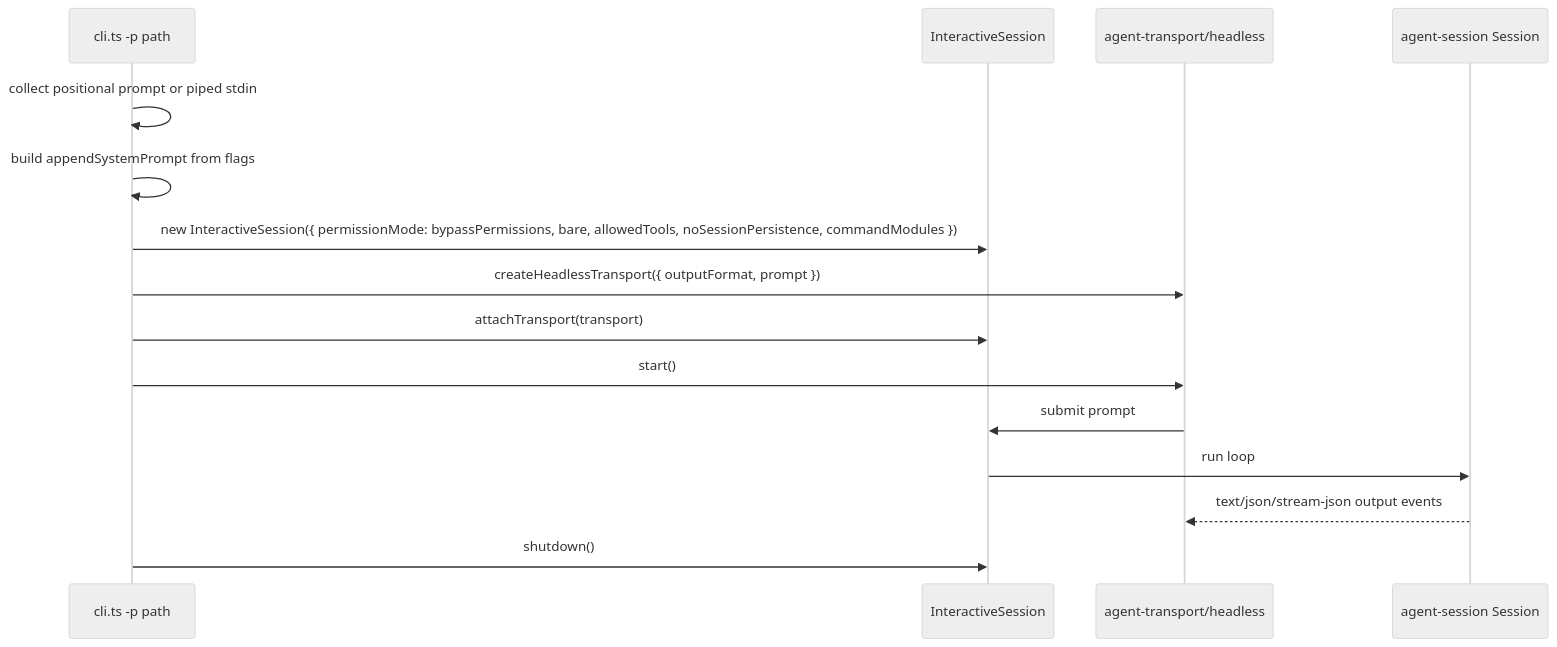
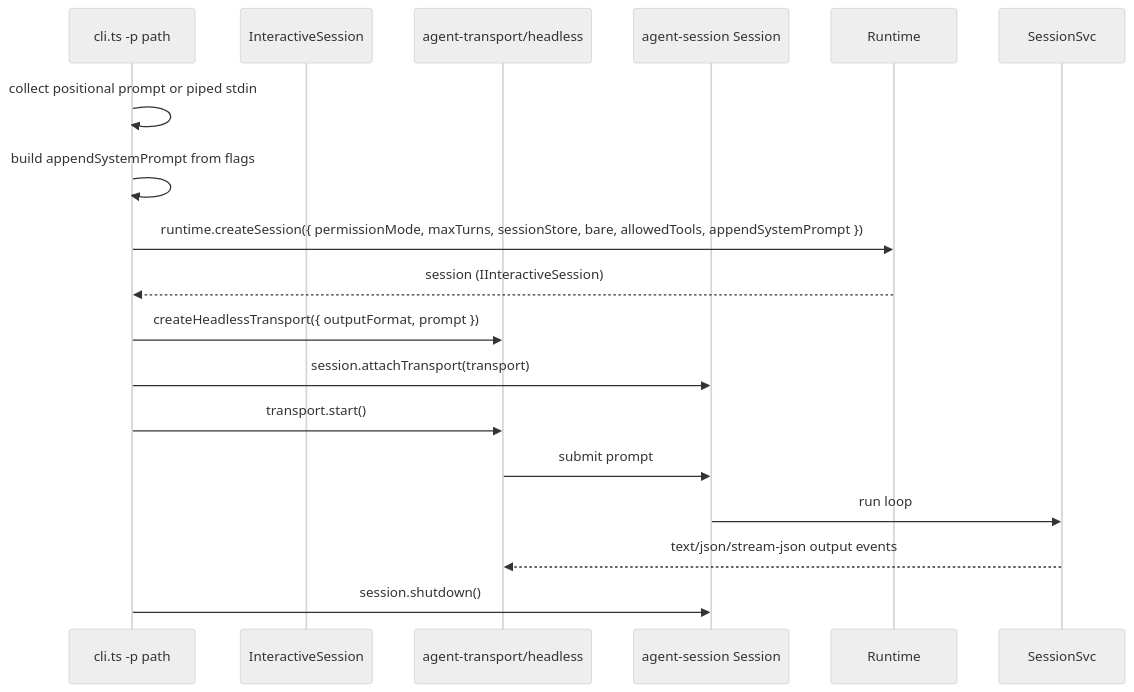
The second of 3 diagrams in .agents/specs/architecture-map/agent-cli/execution-modes.md (woojubb/robota), drawn with Mermaid (neutral theme) before and after one commit. The commit also changed other lines of this file and 1430 other files, not shown here.

````diff
--- a/.agents/specs/architecture-map/agent-cli/execution-modes.md
+++ b/.agents/specs/architecture-map/agent-cli/execution-modes.md
@@ -40,18 +40,19 @@
 ```mermaid
 sequenceDiagram
   participant CLI as cli.ts -p path
   participant SDK as InteractiveSession
   participant Transport as agent-transport/headless
   participant Session as agent-session Session
 
   CLI->>CLI: collect positional prompt or piped stdin
   CLI->>CLI: build appendSystemPrompt from flags
-  CLI->>SDK: new InteractiveSession({ permissionMode: bypassPermissions, bare, allowedTools, noSessionPersistence, commandModules })
+  CLI->>Runtime: runtime.createSession({ permissionMode, maxTurns, sessionStore, bare, allowedTools, appendSystemPrompt })
+  Runtime-->>CLI: session (IInteractiveSession)
   CLI->>Transport: createHeadlessTransport({ outputFormat, prompt })
-  CLI->>SDK: attachTransport(transport)
-  CLI->>Transport: start()
-  Transport->>SDK: submit prompt
-  SDK->>Session: run loop
-  Session-->>Transport: text/json/stream-json output events
-  CLI->>SDK: shutdown()
+  CLI->>Session: session.attachTransport(transport)
+  CLI->>Transport: transport.start()
+  Transport->>Session: submit prompt
+  Session->>SessionSvc: run loop
+  SessionSvc-->>Transport: text/json/stream-json output events
+  CLI->>Session: session.shutdown()
 ```
````
